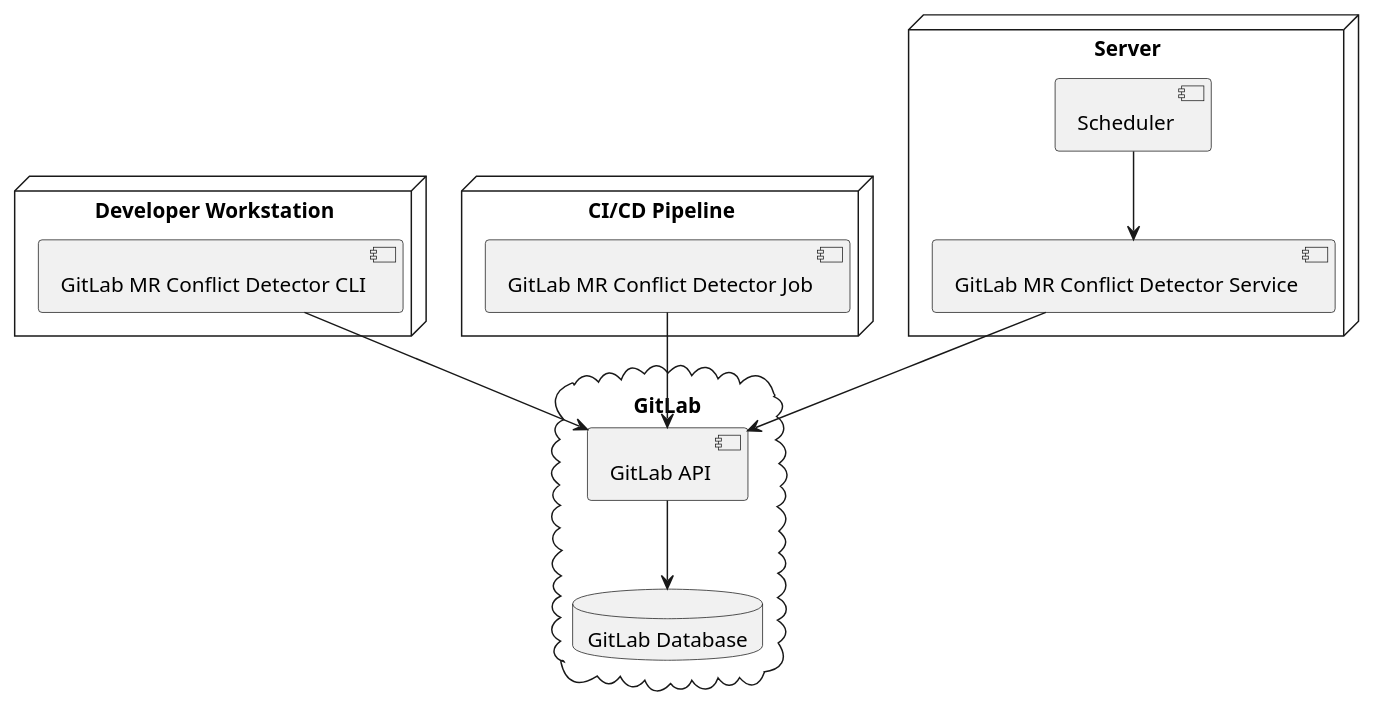
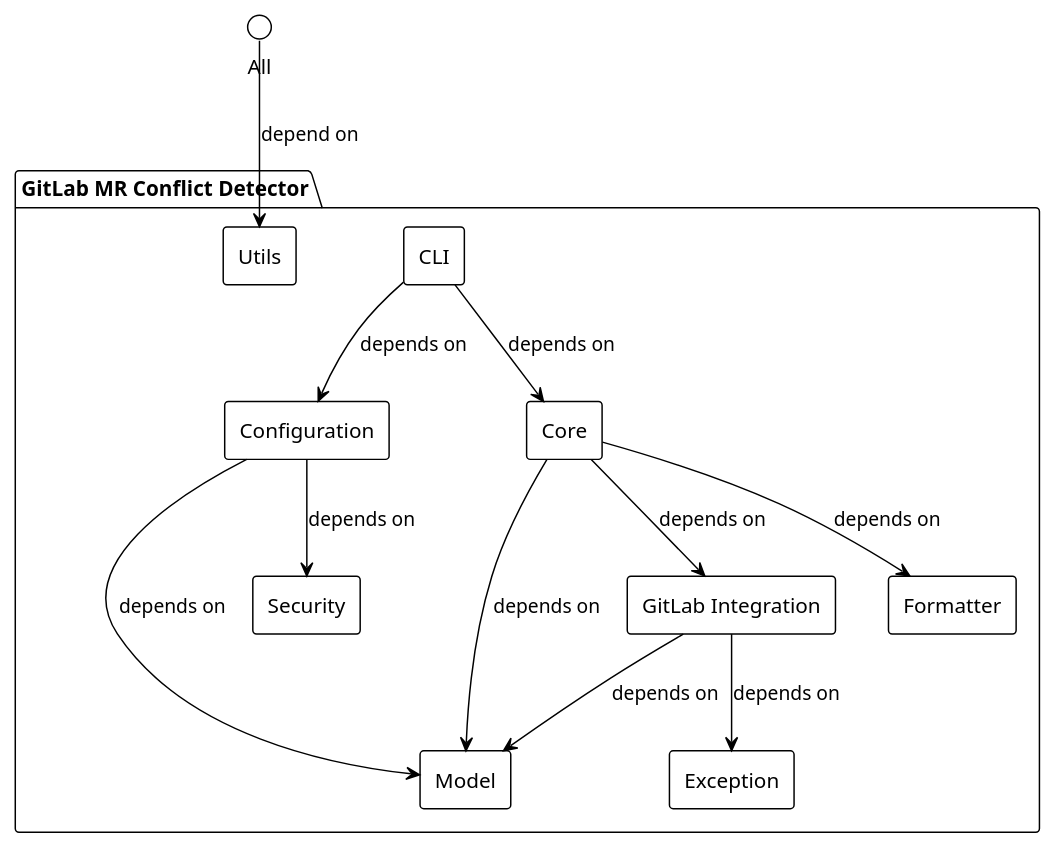
The ninth of 11 diagrams in docs/architecture.md (GalushkoArt/gitlab-mr-conflict-detector), drawn with PlantUML before and after one commit. The commit also changed other lines of this file and 1 other file, not shown here.

````diff
--- a/docs/architecture.md
+++ b/docs/architecture.md
@@ -280,27 +245,29 @@
 ```plantuml
 @startuml
-node "Developer Workstation" {
-  [GitLab MR Conflict Detector CLI]
+!theme plain
+skinparam componentStyle rectangle
+
+package "GitLab MR Conflict Detector" {
+  [CLI] as CLI
+  [Configuration] as Config
+  [Core] as Core
+  [GitLab Integration] as GitLab
+  [Formatter] as Formatter
+  [Security] as Security
+  [Model] as Model
+  [Utils] as Utils
+  [Exception] as Exception
 }
 
-node "CI/CD Pipeline" {
-  [GitLab MR Conflict Detector Job]
-}
-
-node "Server" {
-  [GitLab MR Conflict Detector Service]
-  [Scheduler]
-}
-
-cloud "GitLab" {
-  [GitLab API]
-  database "GitLab Database"
-}
-
-[GitLab MR Conflict Detector CLI] --> [GitLab API]
-[GitLab MR Conflict Detector Job] --> [GitLab API]
-[Scheduler] --> [GitLab MR Conflict Detector Service]
-[GitLab MR Conflict Detector Service] --> [GitLab API]
-[GitLab API] --> [GitLab Database]
+CLI --> Config : depends on
+CLI --> Core : depends on
+Core --> GitLab : depends on
+Core --> Formatter : depends on
+Core --> Model : depends on
+GitLab --> Model : depends on
+GitLab --> Exception : depends on
+Config --> Security : depends on
+Config --> Model : depends on
+All --> Utils : depend on
 @enduml
 ```
````
